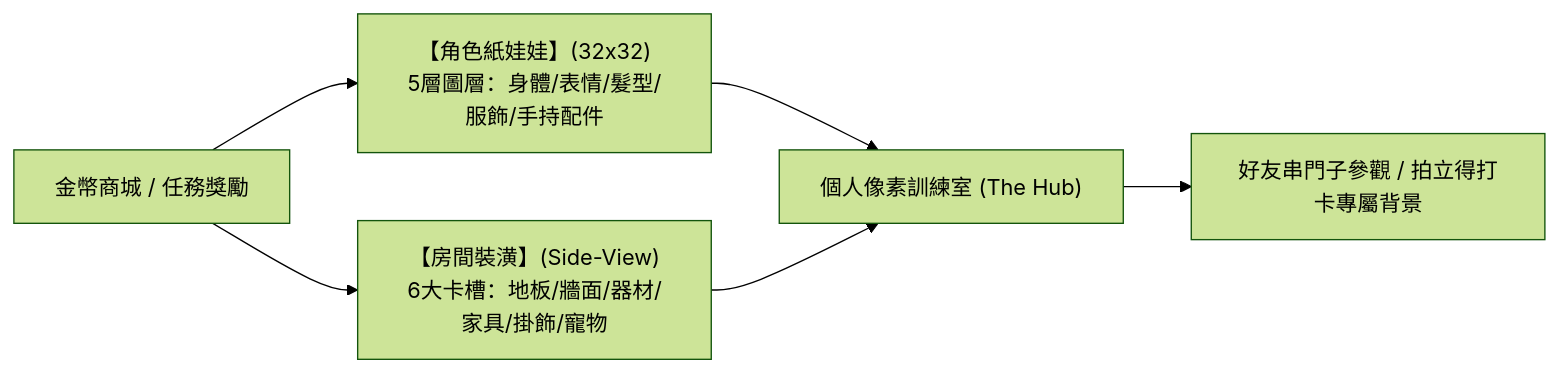
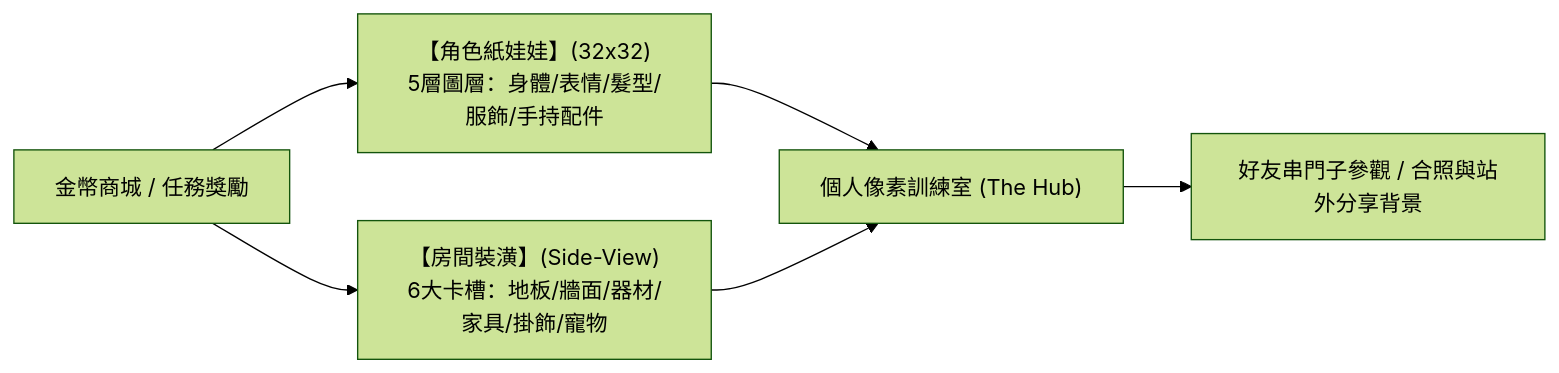
The diagram in llm-wiki/wiki/dual_mode_experience.md (yuchienw/Fitmon), drawn with Mermaid (forest theme) before and after one commit. The commit also changed other lines of this file, not shown here.

````diff
--- a/llm-wiki/wiki/dual_mode_experience.md
+++ b/llm-wiki/wiki/dual_mode_experience.md
@@ -11,10 +11,10 @@
 ```mermaid
 flowchart LR
     Coins["金幣商城 / 任務獎勵"] --> AvatarCustom["【角色紙娃娃】(32x32)\n5層圖層：身體/表情/髮型/服飾/手持配件"]
     Coins --> RoomCustom["【房間裝潢】(Side-View)\n6大卡槽：地板/牆面/器材/家具/掛飾/寵物"]
 
     AvatarCustom --> TheHub["個人像素訓練室 (The Hub)"]
     RoomCustom --> TheHub
 
-    TheHub --> Social["好友串門子參觀 / 拍立得打卡專屬背景"]
+    TheHub --> Social["好友串門子參觀 / 合照與站外分享背景"]
 ```
````
